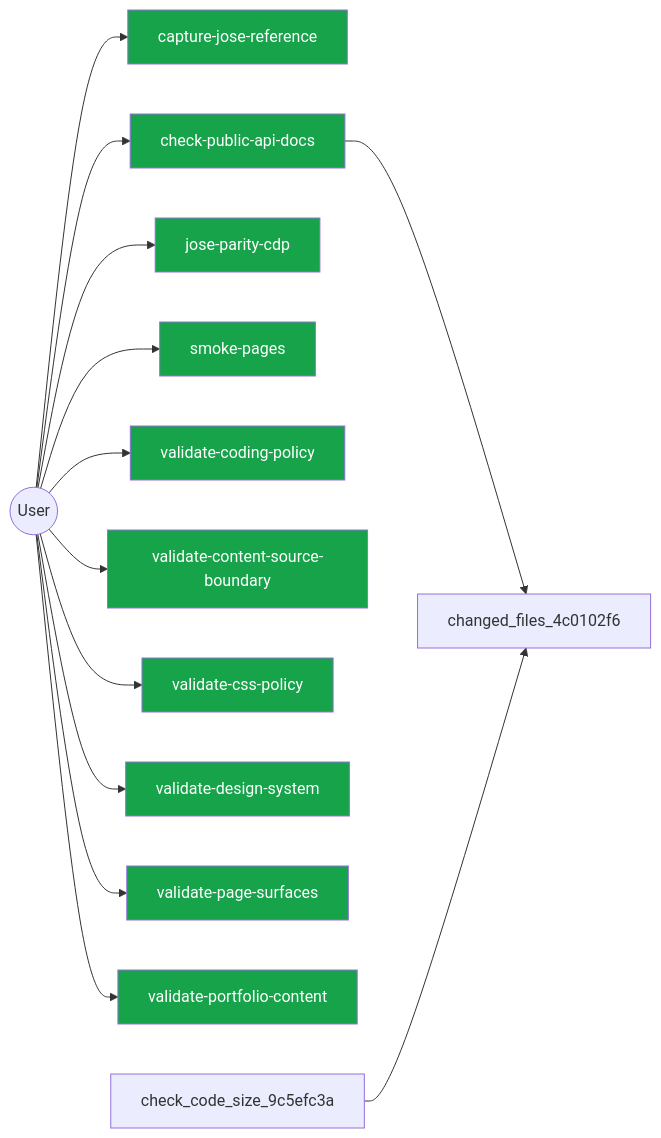
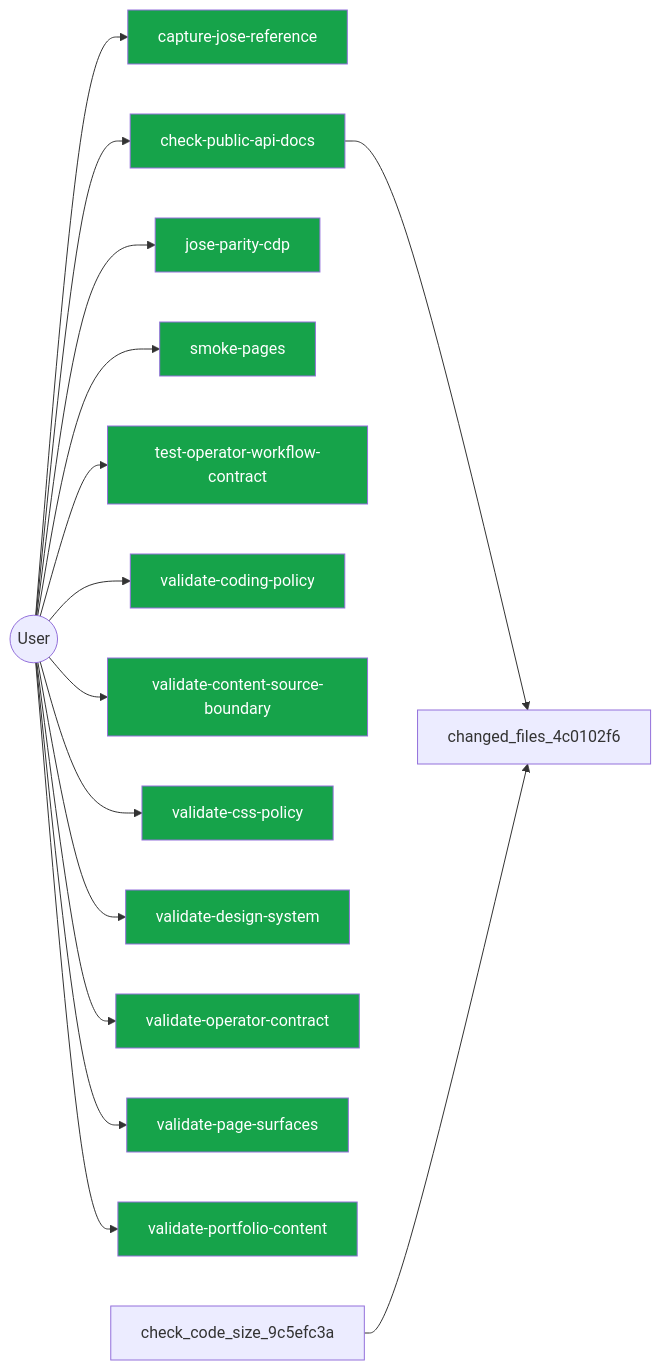
Before and after one commit to jscraik/websites: the diagram in .diagram/user.mmd, drawn with Mermaid. The commit also changed 8 other files, not shown here.

First line of the commit message:
chore(diagrams): refresh architecture evidence

```diff
--- a/.diagram/user.mmd
+++ b/.diagram/user.mmd
@@ -1,26 +1,30 @@
 flowchart LR
   User(("User"))
   capture_jose_reference_e7b66705["capture-jose-reference"]
   User --> capture_jose_reference_e7b66705
   check_public_api_docs_a9604f1b["check-public-api-docs"]
   User --> check_public_api_docs_a9604f1b
   jose_parity_cdp_bdcde21d["jose-parity-cdp"]
   User --> jose_parity_cdp_bdcde21d
   smoke_pages_9a92b30d["smoke-pages"]
   User --> smoke_pages_9a92b30d
+  test_operator_workflow_contract_b4a152d7["test-operator-workflow-contract"]
+  User --> test_operator_workflow_contract_b4a152d7
   validate_coding_policy_29976175["validate-coding-policy"]
   User --> validate_coding_policy_29976175
   validate_content_source_boundary_8a6f121b["validate-content-source-boundary"]
   User --> validate_content_source_boundary_8a6f121b
   validate_css_policy_1c5ec854["validate-css-policy"]
   User --> validate_css_policy_1c5ec854
   validate_design_system_b8a5f37c["validate-design-system"]
   User --> validate_design_system_b8a5f37c
+  validate_operator_contract_f777ed78["validate-operator-contract"]
+  User --> validate_operator_contract_f777ed78
   validate_page_surfaces_078ef6b6["validate-page-surfaces"]
   User --> validate_page_surfaces_078ef6b6
   validate_portfolio_content_6d36990e["validate-portfolio-content"]
   User --> validate_portfolio_content_6d36990e
   check_public_api_docs_a9604f1b --> changed_files_4c0102f6
   check_code_size_9c5efc3a --> changed_files_4c0102f6
   classDef userNode fill:#16a34a,color:#fff
-  class capture_jose_reference_e7b66705,check_public_api_docs_a9604f1b,jose_parity_cdp_bdcde21d,smoke_pages_9a92b30d,validate_coding_policy_29976175,validate_content_source_boundary_8a6f121b,validate_css_policy_1c5ec854,validate_design_system_b8a5f37c,validate_page_surfaces_078ef6b6,validate_portfolio_content_6d36990e userNode
+  class capture_jose_reference_e7b66705,check_public_api_docs_a9604f1b,jose_parity_cdp_bdcde21d,smoke_pages_9a92b30d,test_operator_workflow_contract_b4a152d7,validate_coding_policy_29976175,validate_content_source_boundary_8a6f121b,validate_css_policy_1c5ec854,validate_design_system_b8a5f37c,validate_operator_contract_f777ed78,validate_page_surfaces_078ef6b6,validate_portfolio_content_6d36990e userNode
```
